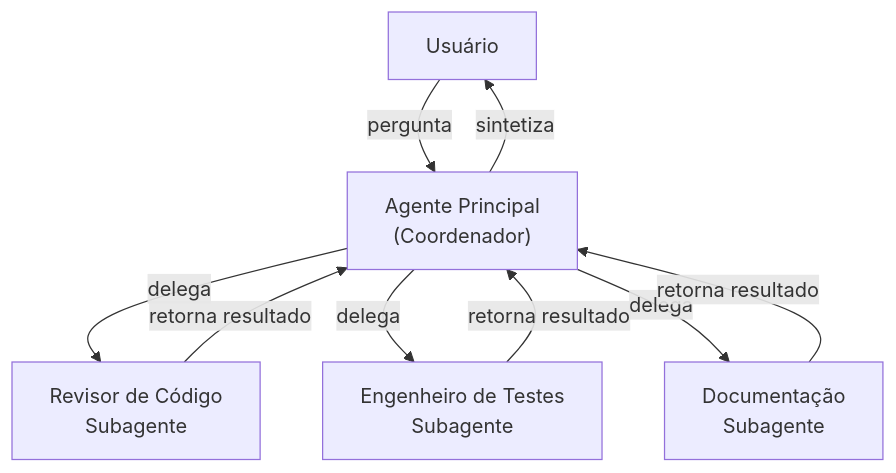
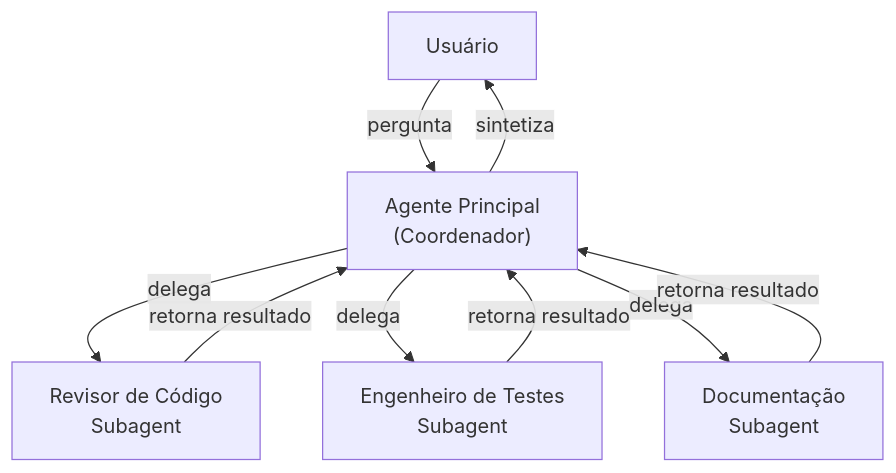
One commit to Diegobecker07/claude-howto changed the fourth of 7 diagrams in pt-BR/04-subagents/README.md. Above: the diagram before and after it, drawn with Mermaid. The commit also changed other lines of this file and 26 other files, not shown here.

````diff
--- a/pt-BR/04-subagents/README.md
+++ b/pt-BR/04-subagents/README.md
@@ -751,17 +751,17 @@
 ```mermaid
 graph TB
     User["Usuário"]
     Main["Agente Principal<br/>(Coordenador)"]
-    Reviewer["Revisor de Código<br/>Subagente"]
-    Tester["Engenheiro de Testes<br/>Subagente"]
-    Docs["Documentação<br/>Subagente"]
+    Reviewer["Revisor de Código<br/>Subagent"]
+    Tester["Engenheiro de Testes<br/>Subagent"]
+    Docs["Documentação<br/>Subagent"]
 
     User -->|pergunta| Main
     Main -->|delega| Reviewer
     Main -->|delega| Tester
     Main -->|delega| Docs
     Reviewer -->|retorna resultado| Main
     Tester -->|retorna resultado| Main
     Docs -->|retorna resultado| Main
     Main -->|sintetiza| User
 ```
````
